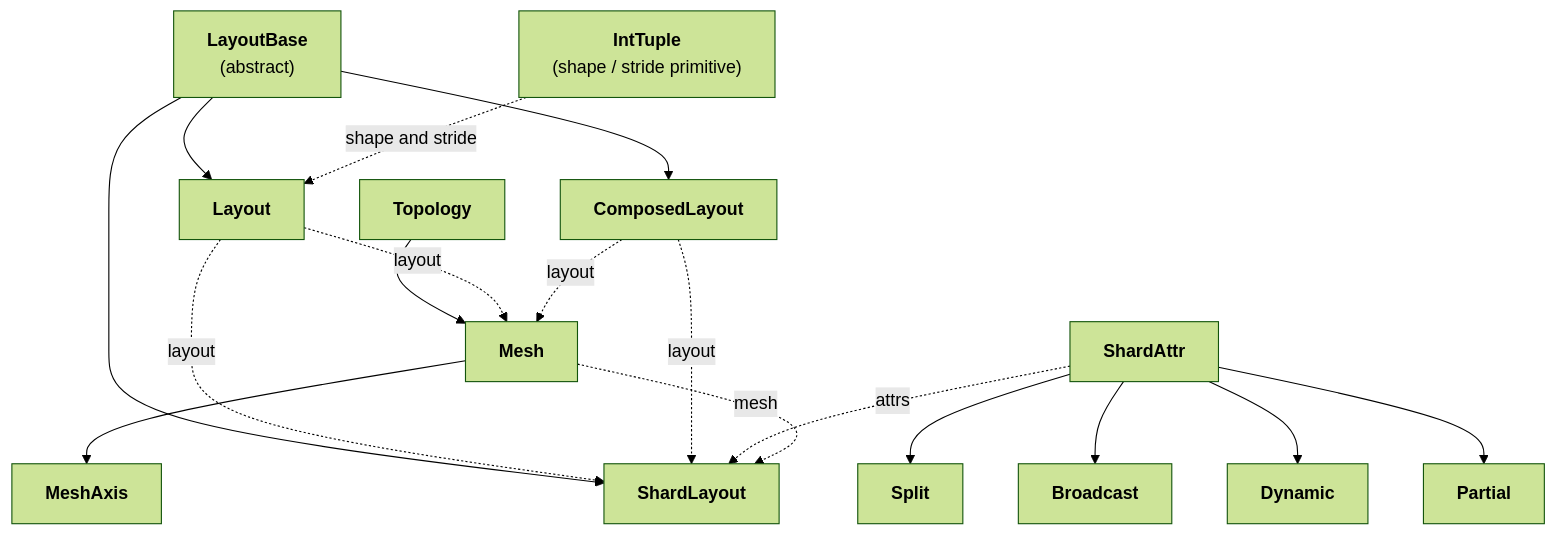
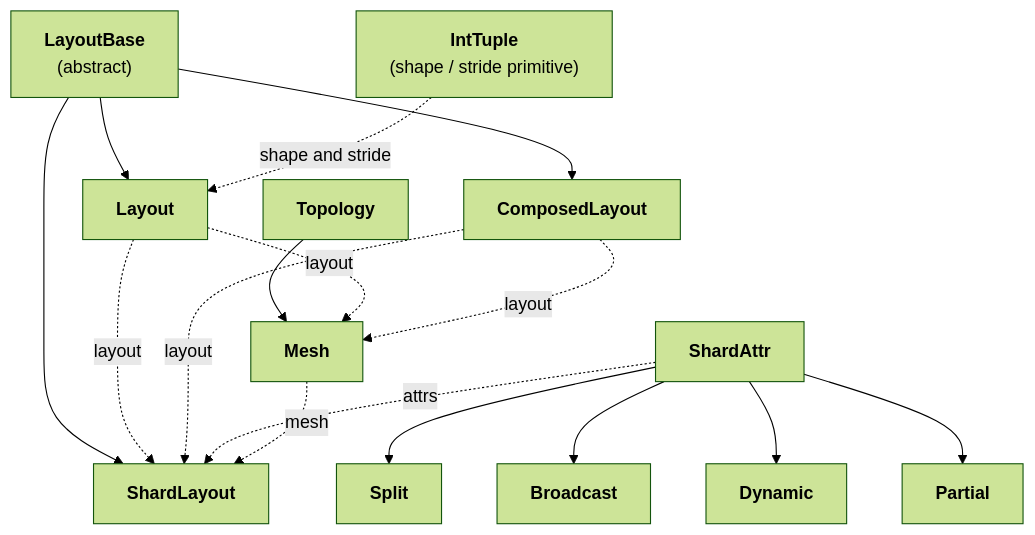
One commit to UranusSeven/TileFoundry changed the diagram in docs/spec/shard.md. Above: the diagram before and after it, drawn with Mermaid (forest theme). The commit also changed other lines of this file and 68 other files, not shown here.

Commit message:
feat(shard): collapse a split axis locally and state mesh positions once (#78)

````diff
--- a/docs/spec/shard.md
+++ b/docs/spec/shard.md
@@ -3,40 +3,38 @@
 ```mermaid
 flowchart TB
     LayoutBase["<b>LayoutBase</b><br/>(abstract)"]
     Layout["<b>Layout</b>"]
     ComposedLayout["<b>ComposedLayout</b>"]
     ShardLayout["<b>ShardLayout</b>"]
 
     IntTuple["<b>IntTuple</b><br/>(shape / stride primitive)"]
 
     Topology["<b>Topology</b>"]
     Mesh["<b>Mesh</b>"]
-    MeshAxis["<b>MeshAxis</b>"]
 
     ShardAttr["<b>ShardAttr</b>"]
     Split["<b>Split</b>"]
     Broadcast["<b>Broadcast</b>"]
     Dynamic["<b>Dynamic</b>"]
     Partial["<b>Partial</b>"]
 
     LayoutBase --> Layout
     LayoutBase --> ComposedLayout
     LayoutBase --> ShardLayout
 
     IntTuple -. shape and stride .-> Layout
 
     Topology --> Mesh
     Layout -. layout .-> Mesh
     ComposedLayout -. layout .-> Mesh
-    Mesh --> MeshAxis
 
     ShardAttr --> Split
     ShardAttr --> Broadcast
     ShardAttr --> Dynamic
     ShardAttr --> Partial
 
     Layout -. layout .-> ShardLayout
     ComposedLayout -. layout .-> ShardLayout
     ShardAttr -. attrs .-> ShardLayout
     Mesh -. mesh .-> ShardLayout
 ```
````
